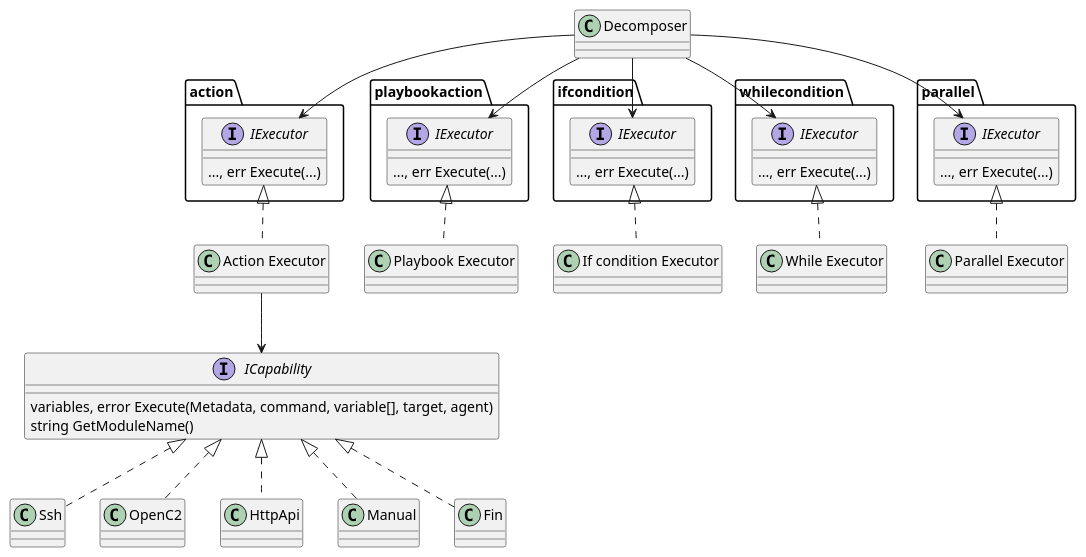
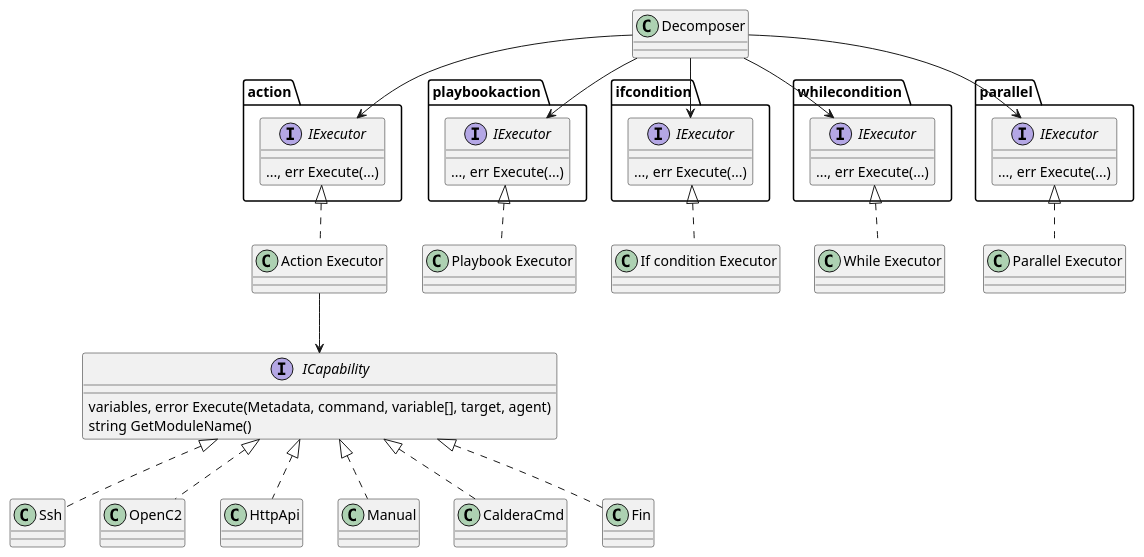
The first of 4 diagrams in docs/content/en/docs/core-components/executer.md (COSSAS/SOARCA), drawn with PlantUML before and after one commit. The commit also changed other lines of this file and 3 other files, not shown here.

````diff
--- a/docs/content/en/docs/core-components/executer.md
+++ b/docs/content/en/docs/core-components/executer.md
@@ -21,73 +21,75 @@
 ```plantuml
 
 package action{
     interface IExecutor {
         ..., err Execute(...)
     }
 }
 
 package playbookaction{
     interface IExecutor {
         ..., err Execute(...)
     }
 }
 
 package ifcondition{
     interface IExecutor {
         ..., err Execute(...)
     }
 }
 
 package whilecondition{
     interface IExecutor {
         ..., err Execute(...)
     }
 }
 
 package parallel{
     interface IExecutor {
         ..., err Execute(...)
     }
 }
 
 
 interface ICapability{
     variables, error Execute(Metadata, command, variable[], target, agent)
     string GetModuleName()
 }
 
 class "Decomposer" as decomposer
 class "Action Executor" as Executor 
 class "Playbook Executor" as playbook
 class "Parallel Executor" as parallelexecutor
 class "While Executor" as while
 class "If condition Executor" as condition
 
 class "Ssh" as ssh
 class "OpenC2" as openc2
 class "HttpApi" as api
 class "Manual" as manual
+class "CalderaCmd" as caldera
 class "Fin" as fin
 
 
 action.IExecutor <|.. Executor
 ICapability <-up- Executor
 ICapability <|.. ssh
 ICapability <|.. openc2
 ICapability <|.. api
 ICapability <|.. manual
+ICapability <|.. caldera 
 ICapability <|.. fin
 
 playbookaction.IExecutor <|.. playbook
 ifcondition.IExecutor <|.. condition
 whilecondition.IExecutor <|.. while
 parallel.IExecutor <|.. parallelexecutor
 
 decomposer -down-> playbookaction.IExecutor
 decomposer -down-> ifcondition.IExecutor
 decomposer -down-> whilecondition.IExecutor
 decomposer -down-> parallel.IExecutor
 decomposer -down-> action.IExecutor
 
 
 ```
````
